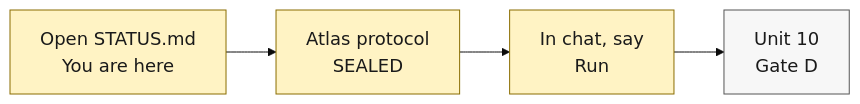
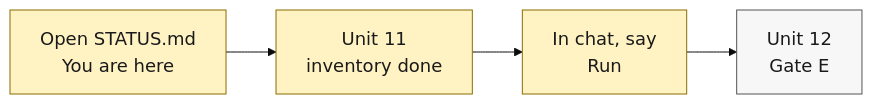
One commit to cauld/scendo changed the diagram in docs/diagrams/what-to-run.mmd. Above: the diagram before and after it, drawn with Mermaid. The commit also changed 18 other files, not shown here.

```diff
--- a/docs/diagrams/what-to-run.mmd
+++ b/docs/diagrams/what-to-run.mmd
@@ -1,10 +1,10 @@
 %%{init: {"theme": "base", "themeVariables": {"fontSize": "18px", "fontFamily": "Helvetica, Arial, sans-serif"}} }%%
 flowchart LR
-  A["Open STATUS.md<br/>You are here"] --> B["Atlas protocol<br/>SEALED"]
+  A["Open STATUS.md<br/>You are here"] --> B["Unit 11<br/>inventory done"]
   B --> C["In chat, say<br/>Run"]
-  C --> D["Unit 10<br/>Gate D"]
+  C --> D["Unit 12<br/>Gate E"]
 
   classDef now fill:#FFF3C4,stroke:#8A6D00,color:#1A1A1A
   classDef step fill:#F7F7F7,stroke:#555555,color:#1A1A1A
   class A,B,C now
   class D step
```
